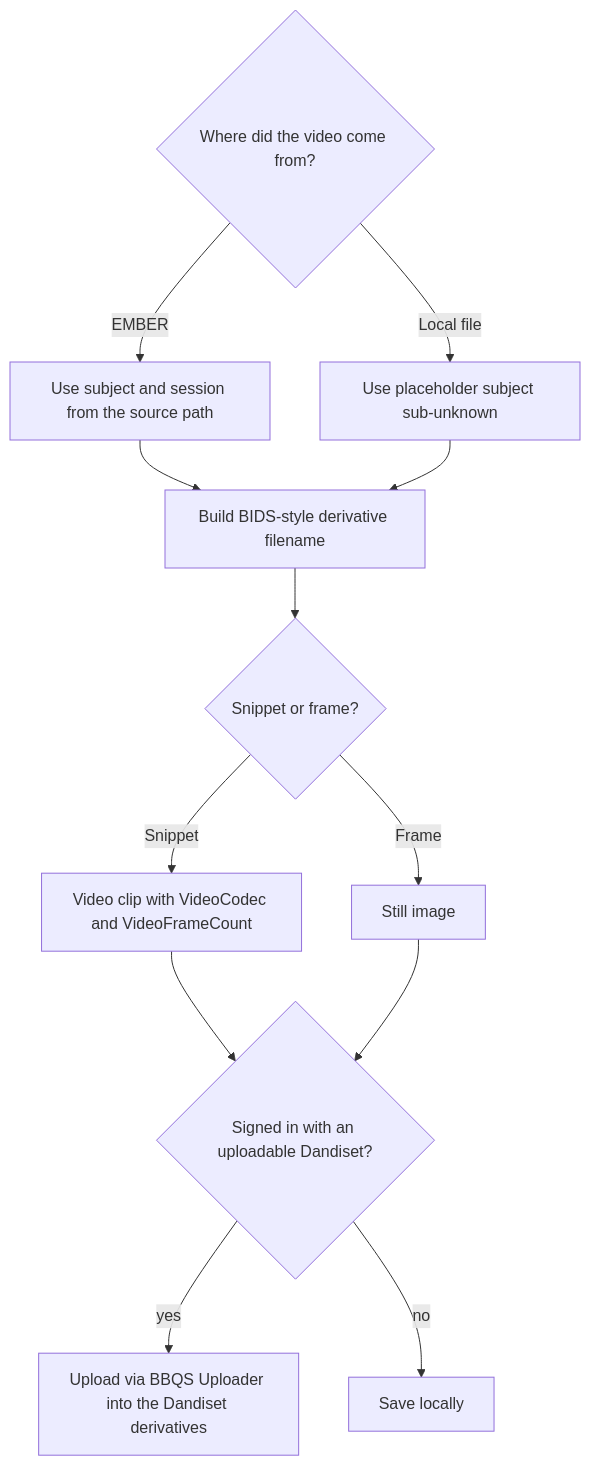
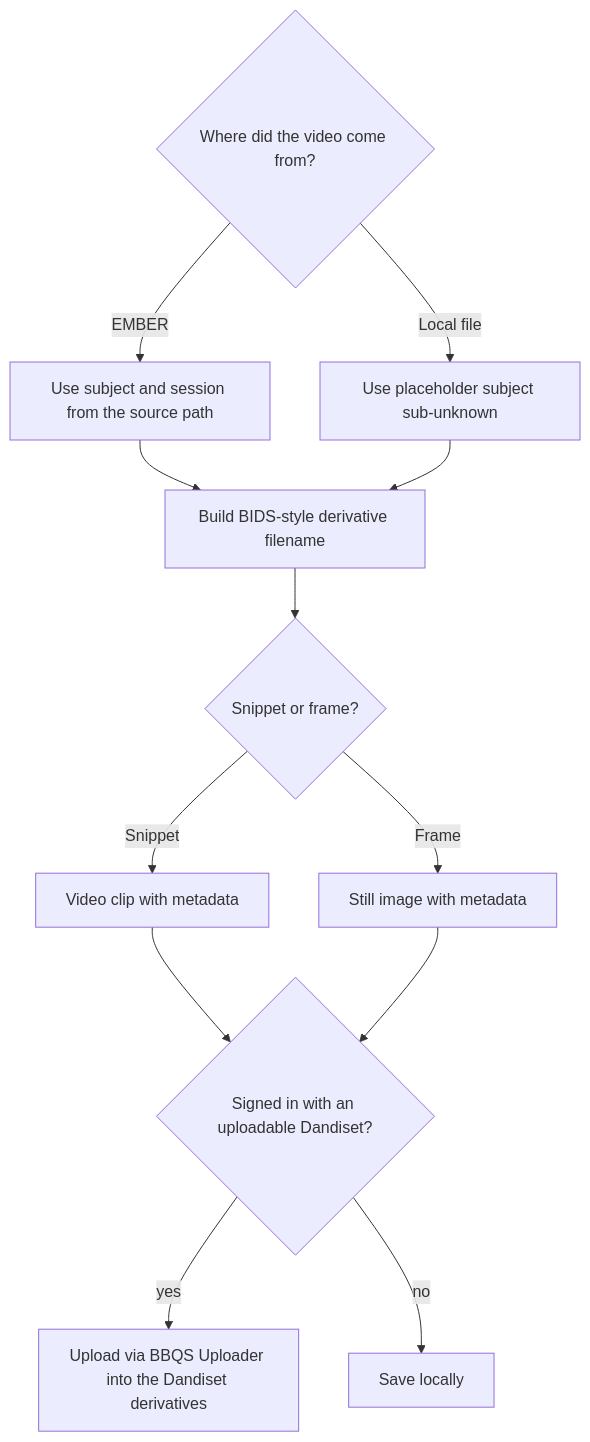
The diagram in user-stories/clip-extractor/story-06-upload-a-derivative-that-lands-in-the-right-place-with-the-right-name.md (CodyCBakerPhD/BBQS-EMBER-docs), drawn with Mermaid before and after one commit. The commit also changed other lines of this file, not shown here.

````diff
--- a/user-stories/clip-extractor/story-06-upload-a-derivative-that-lands-in-the-right-place-with-the-right-name.md
+++ b/user-stories/clip-extractor/story-06-upload-a-derivative-that-lands-in-the-right-place-with-the-right-name.md
@@ -18,15 +18,15 @@
 ```mermaid
 flowchart TD
     S{Where did the video come from?}
     S -- EMBER --> E1[Use subject and session from the source path]
     S -- Local file --> L1[Use placeholder subject sub-unknown]
     E1 --> N[Build BIDS-style derivative filename]
     L1 --> N
     N --> T{Snippet or frame?}
-    T -- Snippet --> V[Video clip with VideoCodec and VideoFrameCount]
-    T -- Frame --> I[Still image]
+    T -- Snippet --> V[Video clip with metadata]
+    T -- Frame --> I[Still image with metadata]
     V --> D{Signed in with an uploadable Dandiset?}
     I --> D
     D -- yes --> UP[Upload via BBQS Uploader into the Dandiset derivatives]
     D -- no --> SV[Save locally]
 ```
````
